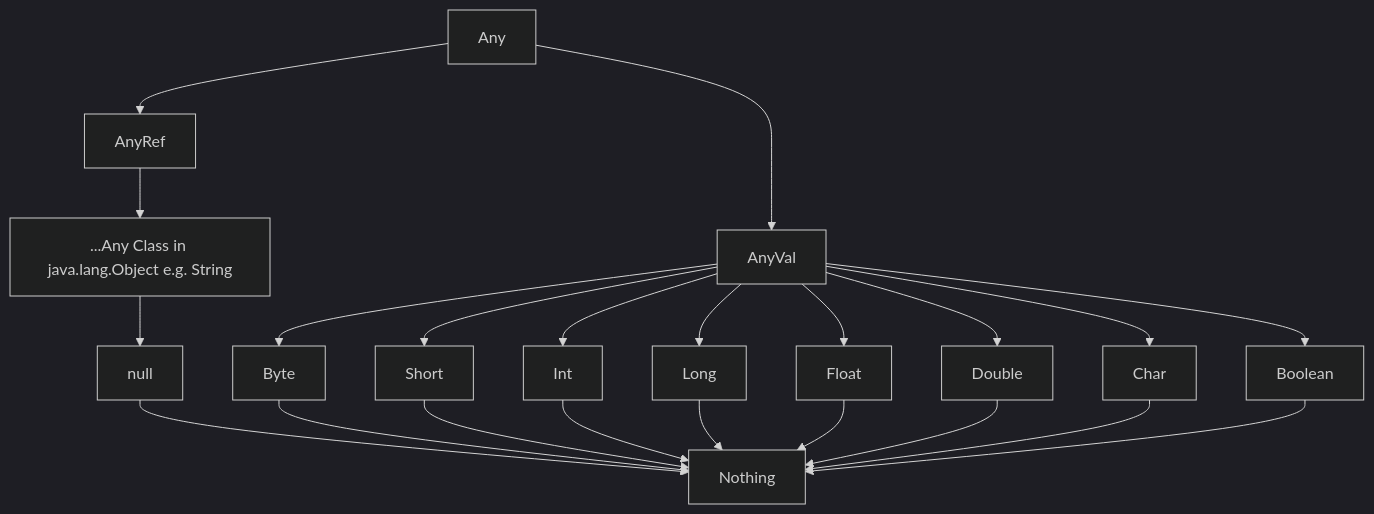
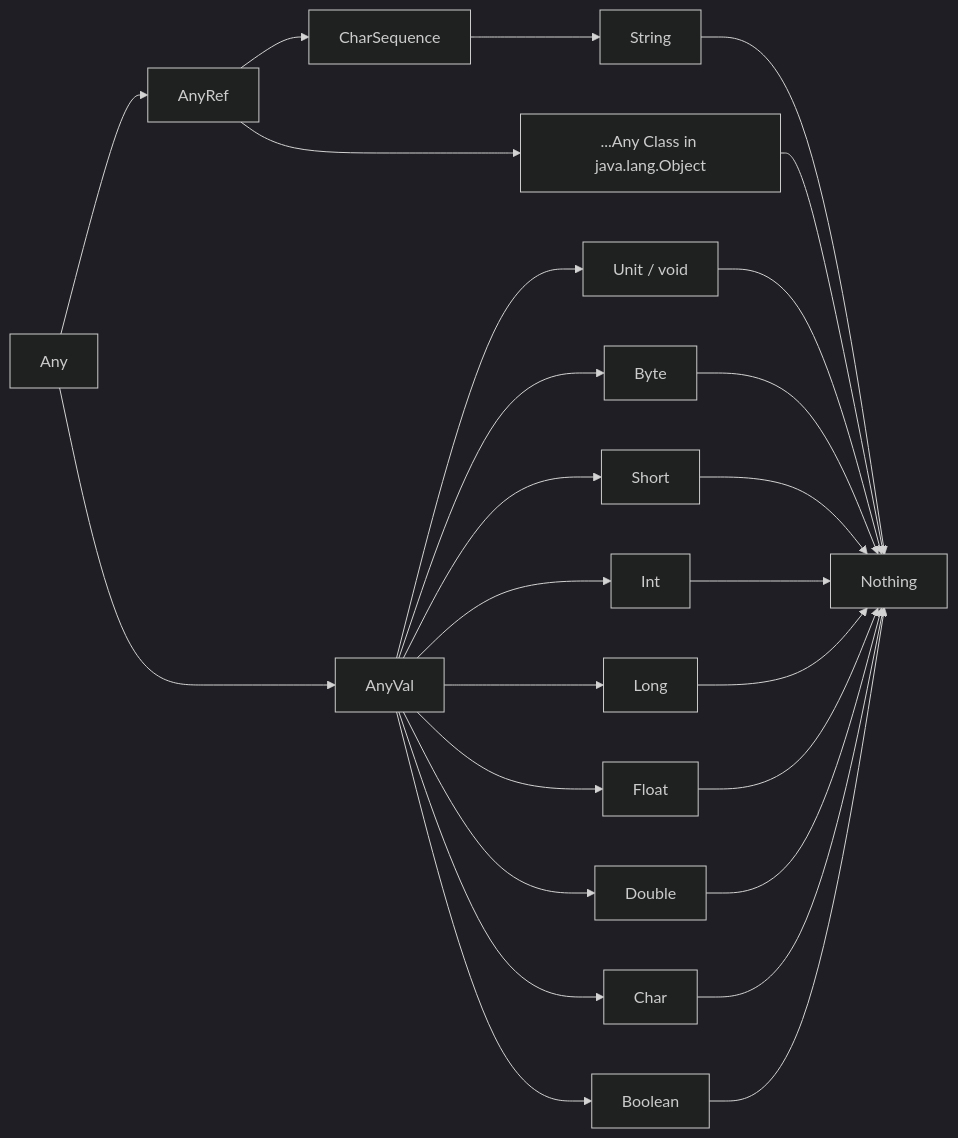
Before and after one commit to shakeelansari63/Training: the diagram in Scala/10.AnyValAnyRefAndAny.md, drawn with Mermaid (dark theme). The commit also changed 7 other files, not shown here.

````diff
--- a/Scala/10.AnyValAnyRefAndAny.md
+++ b/Scala/10.AnyValAnyRefAndAny.md
@@ -1,24 +1,28 @@
 ```mermaid
-flowchart TD
+flowchart LR
     Any --> AnyVal;
     Any --> AnyRef;
     AnyVal --> Byte;
     AnyVal --> Short;
     AnyVal --> Int;
     AnyVal --> Long;
     AnyVal --> Float;
     AnyVal --> Double;
     AnyVal --> Char;
     AnyVal --> Boolean;
-    AnyRef --> X[...Any Class in java.lang.Object e.g. String]
-    X --> null;
-    null --> Nothing;
+    AnyVal --> Unit[Unit / void];
+    AnyRef --> X[...Any Class in java.lang.Object];
+    AnyRef --> CharSequence;
+    CharSequence --> String;
+    String --> Nothing;
+    X --> Nothing;
+    Unit --> Nothing;
     Byte --> Nothing;
     Short --> Nothing;
     Int --> Nothing;
     Long --> Nothing;
     Float --> Nothing;
     Double --> Nothing;
     Char --> Nothing;
     Boolean --> Nothing;
 ```
````
